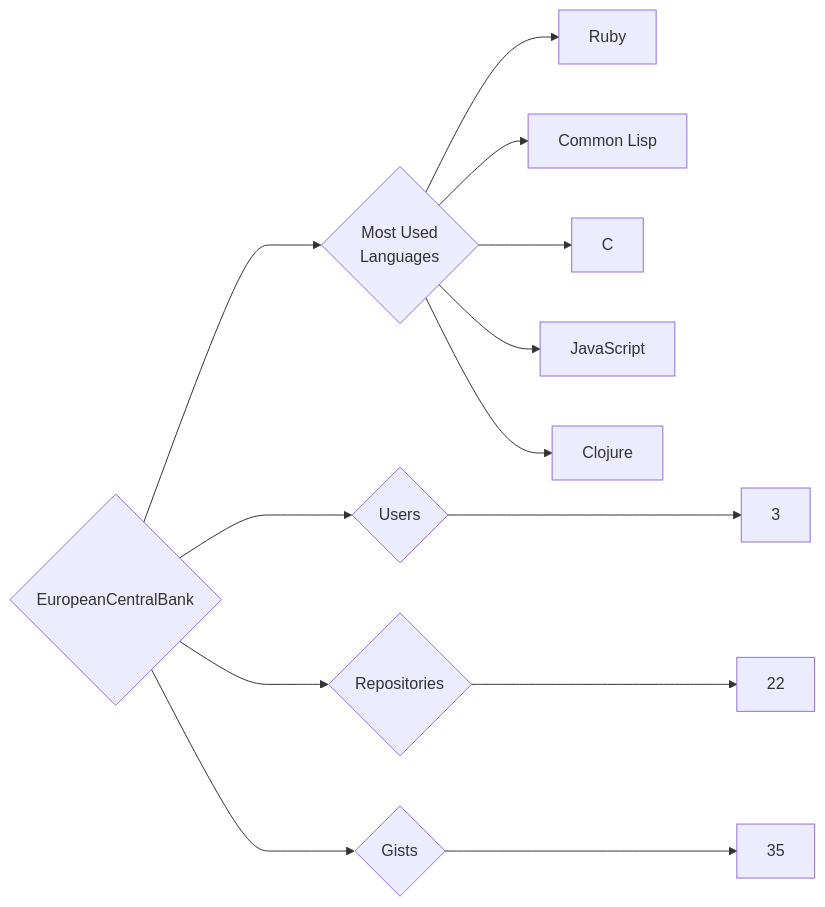
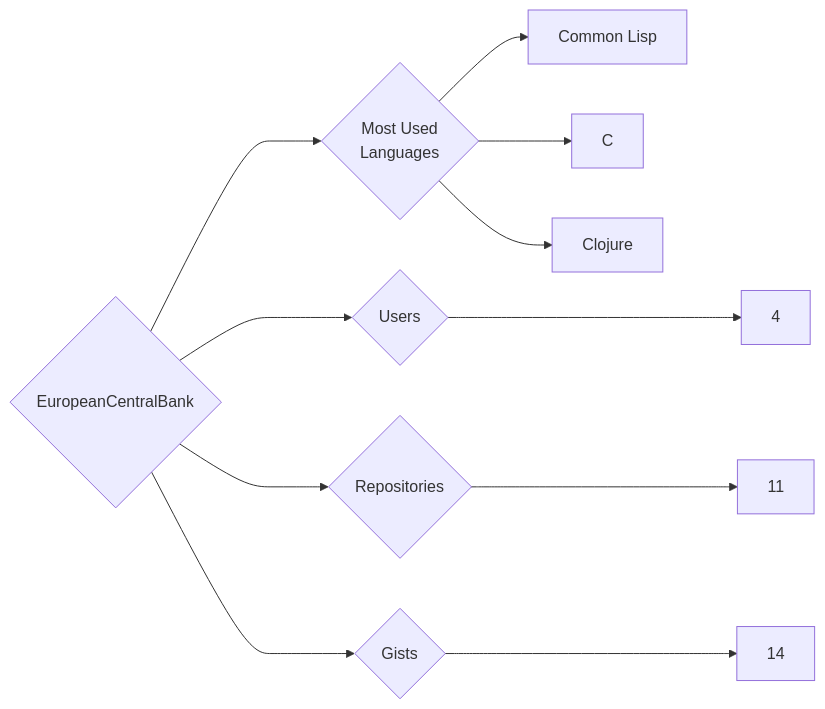
One commit to trickest/insiders changed the diagram in targets/EuropeanCentralBank/README.md. Above: the diagram before and after it, drawn with Mermaid. The commit also changed 1023 other files, not shown here.

````diff
--- a/targets/EuropeanCentralBank/README.md
+++ b/targets/EuropeanCentralBank/README.md
@@ -3,13 +3,11 @@
 ```mermaid
 graph LR
 COMPANY_NAME{EuropeanCentralBank}
-COMPANY_NAME ---> U{Users} ---> UN[3]
-COMPANY_NAME ---> R{Repositories} ---> RN[22]
-COMPANY_NAME ---> G{Gists} ---> GN[35]
+COMPANY_NAME ---> U{Users} ---> UN[4]
+COMPANY_NAME ---> R{Repositories} ---> RN[11]
+COMPANY_NAME ---> G{Gists} ---> GN[14]
 COMPANY_NAME ---> ML{Most Used<br>Languages}
-ML --> Ruby[Ruby]
 ML --> Common_Lisp[Common Lisp]
 ML --> C[C]
-ML --> JavaScript[JavaScript]
 ML --> Clojure[Clojure]
 ```
````
